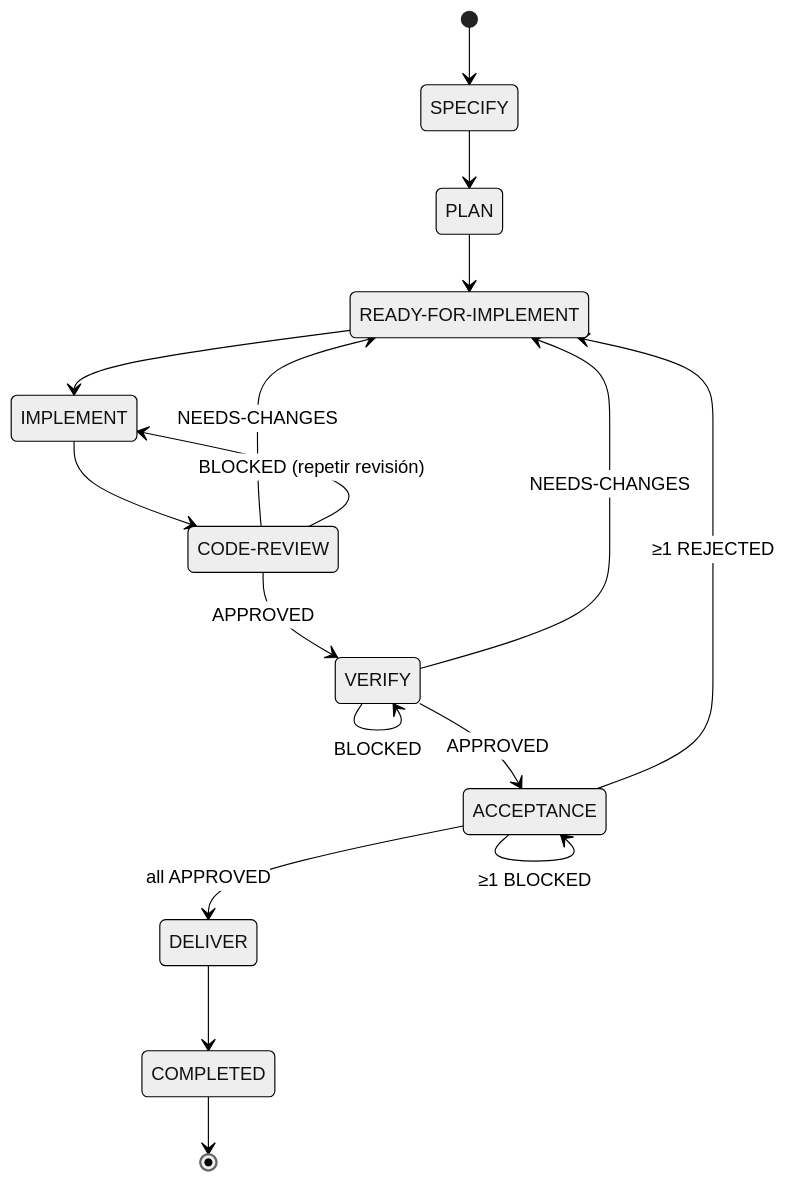
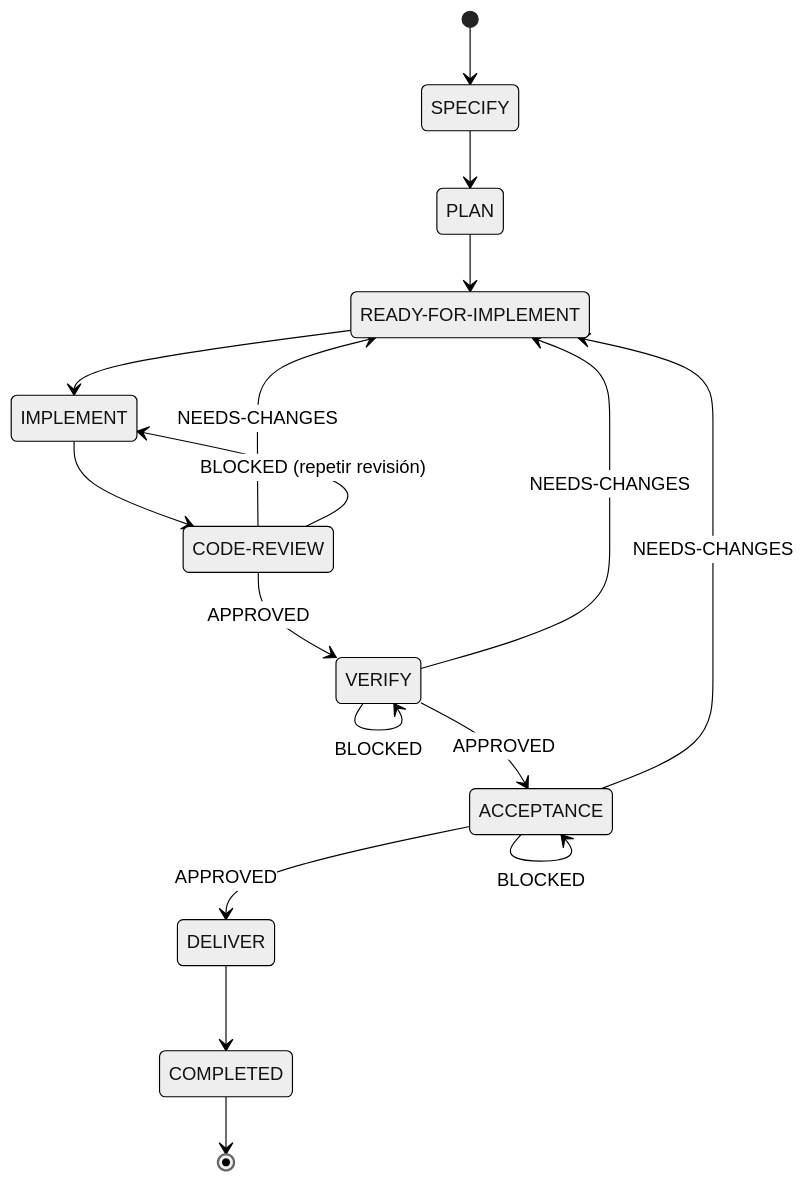
One commit to dariopalminio/agile-sddf changed the diagram in docs/domains/domain-story-lifecycle.md. Above: the diagram before and after it, drawn with Mermaid (neutral theme). The commit also changed other lines of this file and 19 other files, not shown here.

````diff
--- a/docs/domains/domain-story-lifecycle.md
+++ b/docs/domains/domain-story-lifecycle.md
@@ -90,22 +90,22 @@
 ```mermaid
 stateDiagram-v2
     [*] --> SPECIFY
     SPECIFY --> PLAN
     PLAN --> RFI
     RFI --> IMPLEMENT
     IMPLEMENT --> CR
     CR --> VERIFY : APPROVED
     CR --> RFI : NEEDS-CHANGES
     CR --> IMPLEMENT : BLOCKED (repetir revisión)
     VERIFY --> ACCEPTANCE : APPROVED
     VERIFY --> RFI : NEEDS-CHANGES
     VERIFY --> VERIFY : BLOCKED
-    ACCEPTANCE --> DELIVER : all APPROVED
-    ACCEPTANCE --> RFI : ≥1 REJECTED
-    ACCEPTANCE --> ACCEPTANCE : ≥1 BLOCKED
+    ACCEPTANCE --> DELIVER : APPROVED
+    ACCEPTANCE --> RFI : NEEDS-CHANGES
+    ACCEPTANCE --> ACCEPTANCE : BLOCKED
     DELIVER --> COMPLETED
     COMPLETED --> [*]
 
     state "READY-FOR-IMPLEMENT" as RFI
     state "CODE-REVIEW" as CR
 ```
````
